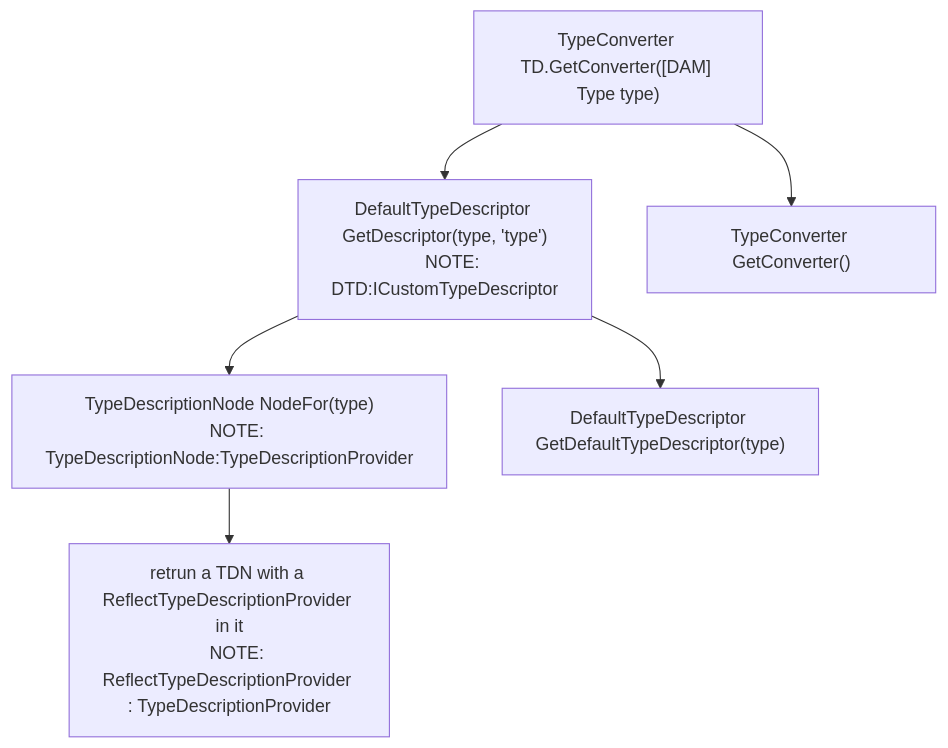
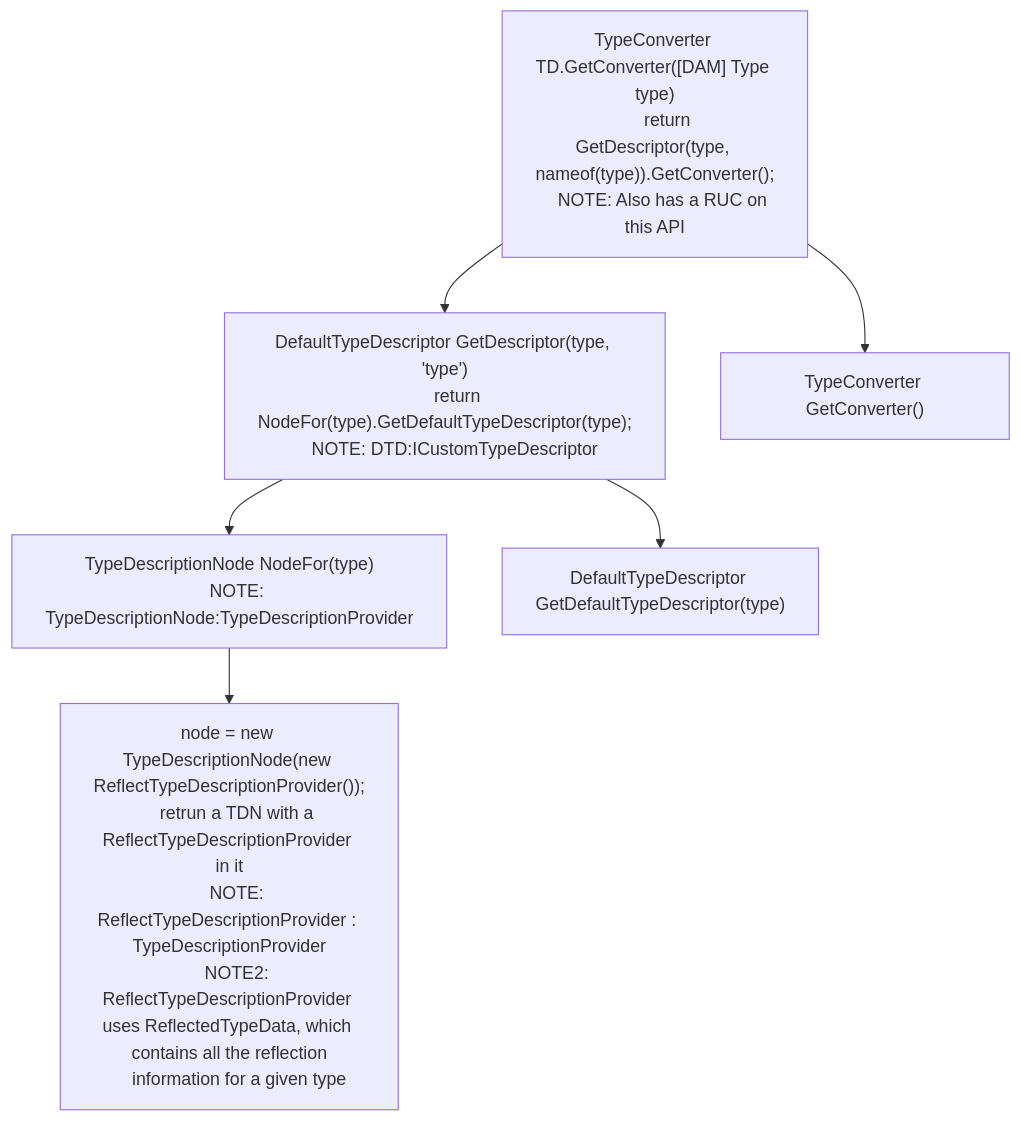
The diagram in src/aot/experiments/WinForms/net9/FlowCharts/TypeDescriptor_Converter.md (LakshanF/CSharp), drawn with Mermaid before and after one commit. The commit also changed other lines of this file, not shown here.

Commit message:
edits to TD flowgraph

````diff
--- a/src/aot/experiments/WinForms/net9/FlowCharts/TypeDescriptor_Converter.md
+++ b/src/aot/experiments/WinForms/net9/FlowCharts/TypeDescriptor_Converter.md
@@ -5,11 +5,17 @@
 ```mermaid
 graph TD;
-    A["TypeConverter TD.GetConverter([DAM] Type type)"]-->B;
+    A["TypeConverter TD.GetConverter([DAM] Type type)
+      return GetDescriptor(type, nameof(type)).GetConverter();
+    NOTE: Also has a RUC on this API"]-->B;
     B["DefaultTypeDescriptor GetDescriptor(type, 'type')
+      return NodeFor(type).GetDefaultTypeDescriptor(type);
     NOTE: DTD:ICustomTypeDescriptor"]-->C;
     C["TypeDescriptionNode NodeFor(type)
-    NOTE: TypeDescriptionNode:TypeDescriptionProvider"]-->D["retrun a TDN with a ReflectTypeDescriptionProvider in it
-    NOTE: ReflectTypeDescriptionProvider : TypeDescriptionProvider"];
+    NOTE: TypeDescriptionNode:TypeDescriptionProvider"]-->D["node = new TypeDescriptionNode(new ReflectTypeDescriptionProvider());
+    retrun a TDN with a ReflectTypeDescriptionProvider in it
+    NOTE: ReflectTypeDescriptionProvider : TypeDescriptionProvider
+    NOTE2: ReflectTypeDescriptionProvider uses ReflectedTypeData, which contains all the reflection
+    information for a given type"];
     B-->E["DefaultTypeDescriptor GetDefaultTypeDescriptor(type)"]
     A-->F["TypeConverter GetConverter()"]
 ```
````
